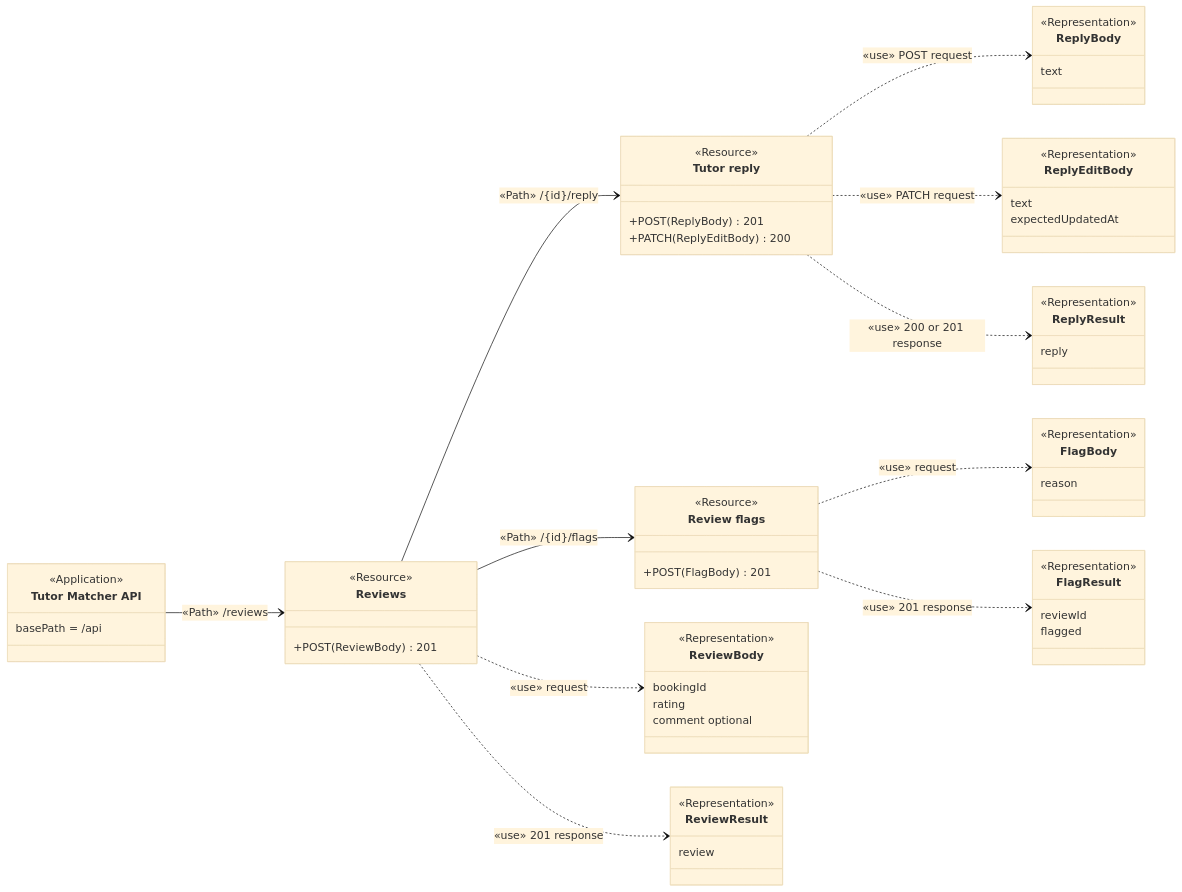
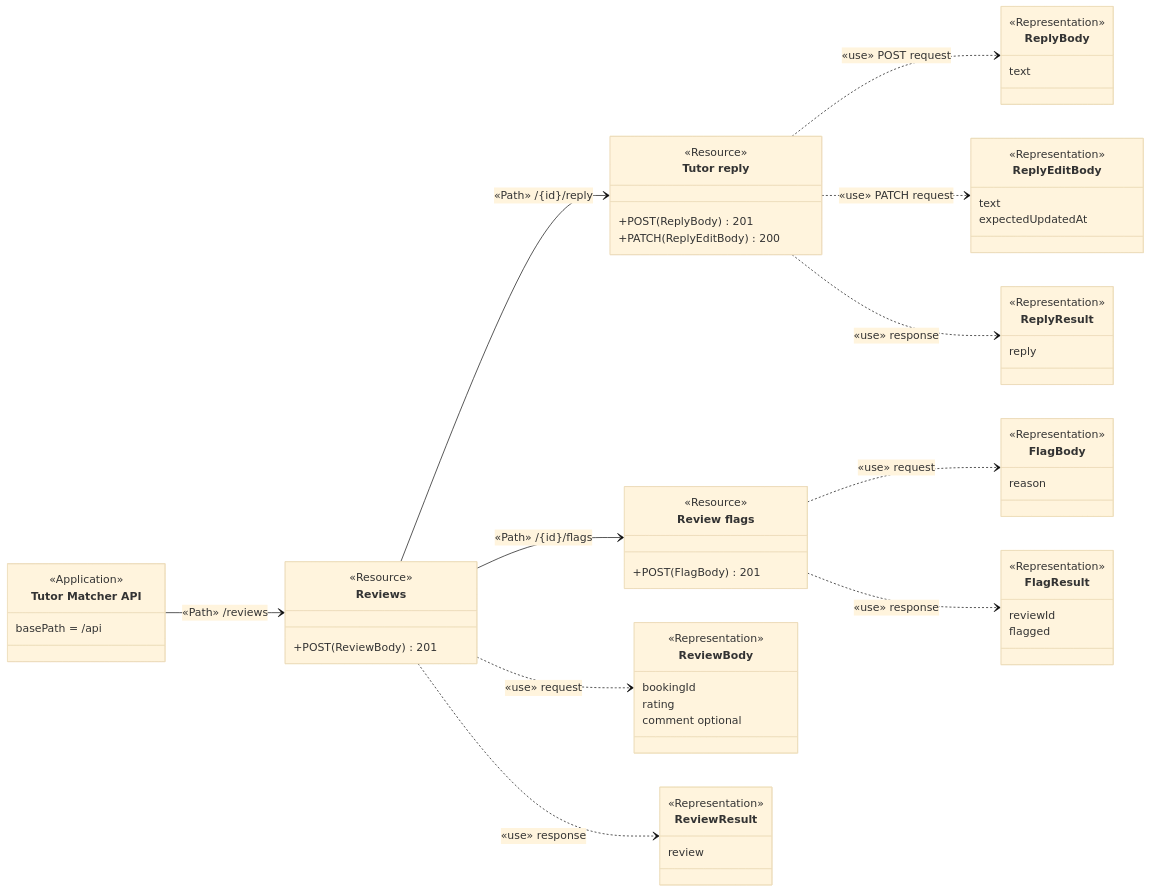
Before and after one commit to Azther0z/tutor-matcher: diagram 12 of 15 in docs/api-diagram.md, drawn with Mermaid (base theme). The commit also changed other lines of this file, not shown here.

````diff
--- a/docs/api-diagram.md
+++ b/docs/api-diagram.md
@@ -939,63 +939,63 @@
 ```mermaid
 classDiagram
   direction LR
   class API["Tutor Matcher API"] {
     <<Application>>
     basePath = /api
   }
   class Reviews["Reviews"] {
     <<Resource>>
     +POST(ReviewBody) 201
   }
   class Reply["Tutor reply"] {
     <<Resource>>
     +POST(ReplyBody) 201
     +PATCH(ReplyEditBody) 200
   }
   class Flags["Review flags"] {
     <<Resource>>
     +POST(FlagBody) 201
   }
   class ReviewBody {
     <<Representation>>
     bookingId
     rating
     comment optional
   }
   class ReviewResult {
     <<Representation>>
     review
   }
   class ReplyBody {
     <<Representation>>
     text
   }
   class ReplyEditBody {
     <<Representation>>
     text
     expectedUpdatedAt
   }
   class ReplyResult {
     <<Representation>>
     reply
   }
   class FlagBody {
     <<Representation>>
     reason
   }
   class FlagResult {
     <<Representation>>
     reviewId
     flagged
   }
   API --> Reviews : «Path» /reviews
   Reviews --> Reply : «Path» /{id}/reply
   Reviews --> Flags : «Path» /{id}/flags
   Reviews ..> ReviewBody : «use» request
-  Reviews ..> ReviewResult : «use» 201 response
+  Reviews ..> ReviewResult : «use» response
   Reply ..> ReplyBody : «use» POST request
   Reply ..> ReplyEditBody : «use» PATCH request
-  Reply ..> ReplyResult : «use» 200 or 201 response
+  Reply ..> ReplyResult : «use» response
   Flags ..> FlagBody : «use» request
-  Flags ..> FlagResult : «use» 201 response
+  Flags ..> FlagResult : «use» response
 ```
````
